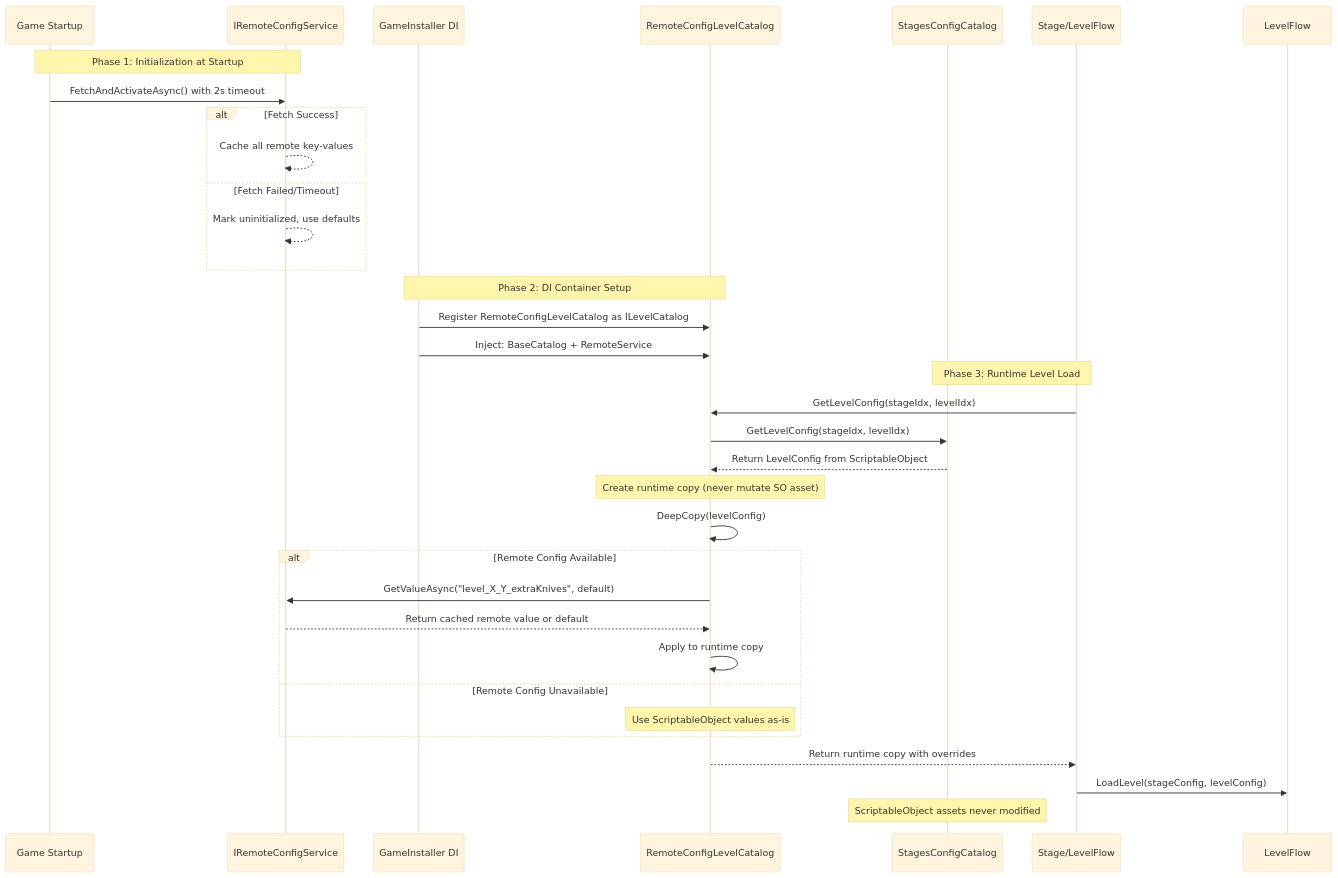
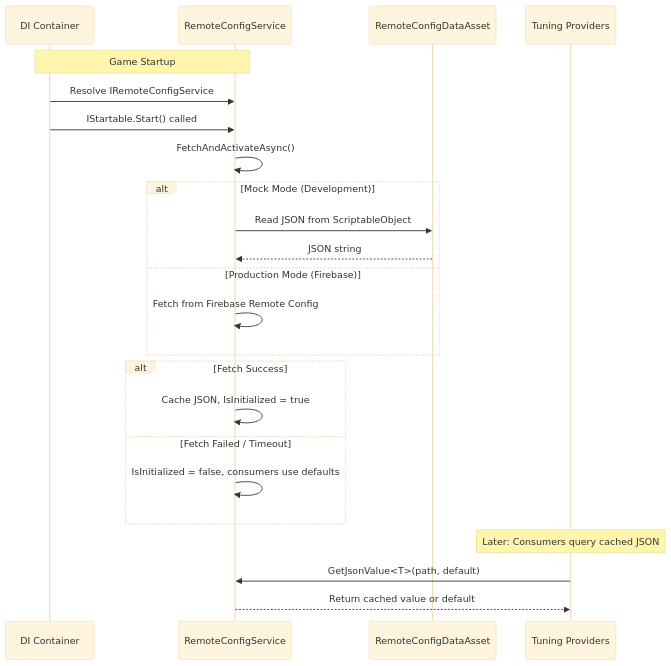
The second of 2 diagrams in .cursor/plans/remote_config_system_f24d3bee.plan.md (Jonsi/Knife-Toss), drawn with Mermaid (base theme) before and after one commit. The commit also changed other lines of this file and 1 other file, not shown here.

First line of the commit message:
Update Architecture_Refactoring_Plan.md

````diff
--- a/.cursor/plans/remote_config_system_f24d3bee.plan.md
+++ b/.cursor/plans/remote_config_system_f24d3bee.plan.md
@@ -94,42 +73,30 @@
 ```mermaid
 sequenceDiagram
-    participant GameStart as Game Startup
-    participant RemoteService as IRemoteConfigService
-    participant DI as GameInstaller DI
-    participant CatalogWrapper as RemoteConfigLevelCatalog
-    participant BaseCatalog as StagesConfigCatalog
-    participant StageFlow as Stage/LevelFlow
+    participant DI as DI Container
+    participant Service as RemoteConfigService
+    participant Asset as RemoteConfigDataAsset
+    participant Consumers as Tuning Providers
     
-    Note over GameStart,RemoteService: Phase 1: Initialization at Startup
-    GameStart->>RemoteService: FetchAndActivateAsync() with 2s timeout
-    alt Fetch Success
-        RemoteService-->>RemoteService: Cache all remote key-values
-    else Fetch Failed/Timeout
-        RemoteService-->>RemoteService: Mark uninitialized, use defaults
+    Note over DI,Service: Game Startup
+    DI->>Service: Resolve IRemoteConfigService
+    DI->>Service: IStartable.Start() called
+    
+    Service->>Service: FetchAndActivateAsync()
+    
+    alt Mock Mode (Development)
+        Service->>Asset: Read JSON from ScriptableObject
+        Asset-->>Service: JSON string
+    else Production Mode (Firebase)
+        Service->>Service: Fetch from Firebase Remote Config
     end
     
-    Note over DI,CatalogWrapper: Phase 2: DI Container Setup
-    DI->>CatalogWrapper: Register RemoteConfigLevelCatalog as ILevelCatalog
-    DI->>CatalogWrapper: Inject: BaseCatalog + RemoteService
-    
-    Note over StageFlow,BaseCatalog: Phase 3: Runtime Level Load
-    StageFlow->>CatalogWrapper: GetLevelConfig(stageIdx, levelIdx)
-    CatalogWrapper->>BaseCatalog: GetLevelConfig(stageIdx, levelIdx)
-    BaseCatalog-->>CatalogWrapper: Return LevelConfig from ScriptableObject
-    
-    Note over CatalogWrapper: Create runtime copy (never mutate SO asset)
-    CatalogWrapper->>CatalogWrapper: DeepCopy(levelConfig)
-    
-    alt Remote Config Available
-        CatalogWrapper->>RemoteService: GetValueAsync("level_X_Y_extraKnives", default)
-        RemoteService-->>CatalogWrapper: Return cached remote value or default
-        CatalogWrapper->>CatalogWrapper: Apply to runtime copy
-    else Remote Config Unavailable
-        Note over CatalogWrapper: Use ScriptableObject values as-is
+    alt Fetch Success
+        Service->>Service: Cache JSON, IsInitialized = true
+    else Fetch Failed / Timeout
+        Service->>Service: IsInitialized = false, consumers use defaults
     end
     
-    CatalogWrapper-->>StageFlow: Return runtime copy with overrides
-    StageFlow->>LevelFlow: LoadLevel(stageConfig, levelConfig)
-    
-    Note over BaseCatalog: ScriptableObject assets never modified
+    Note over Consumers: Later: Consumers query cached JSON
+    Consumers->>Service: GetJsonValue<T>(path, default)
+    Service-->>Consumers: Return cached value or default
 ```
````
